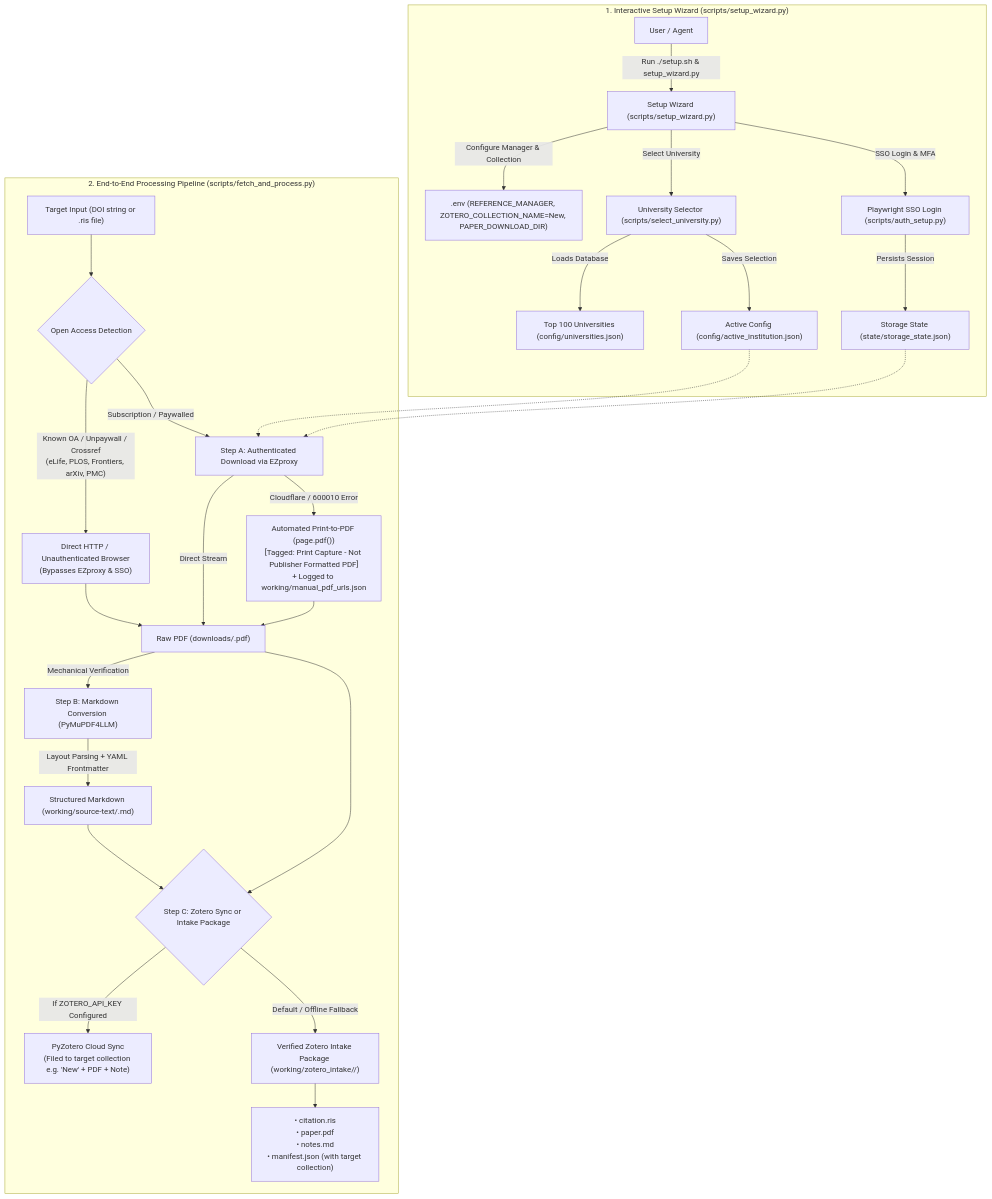
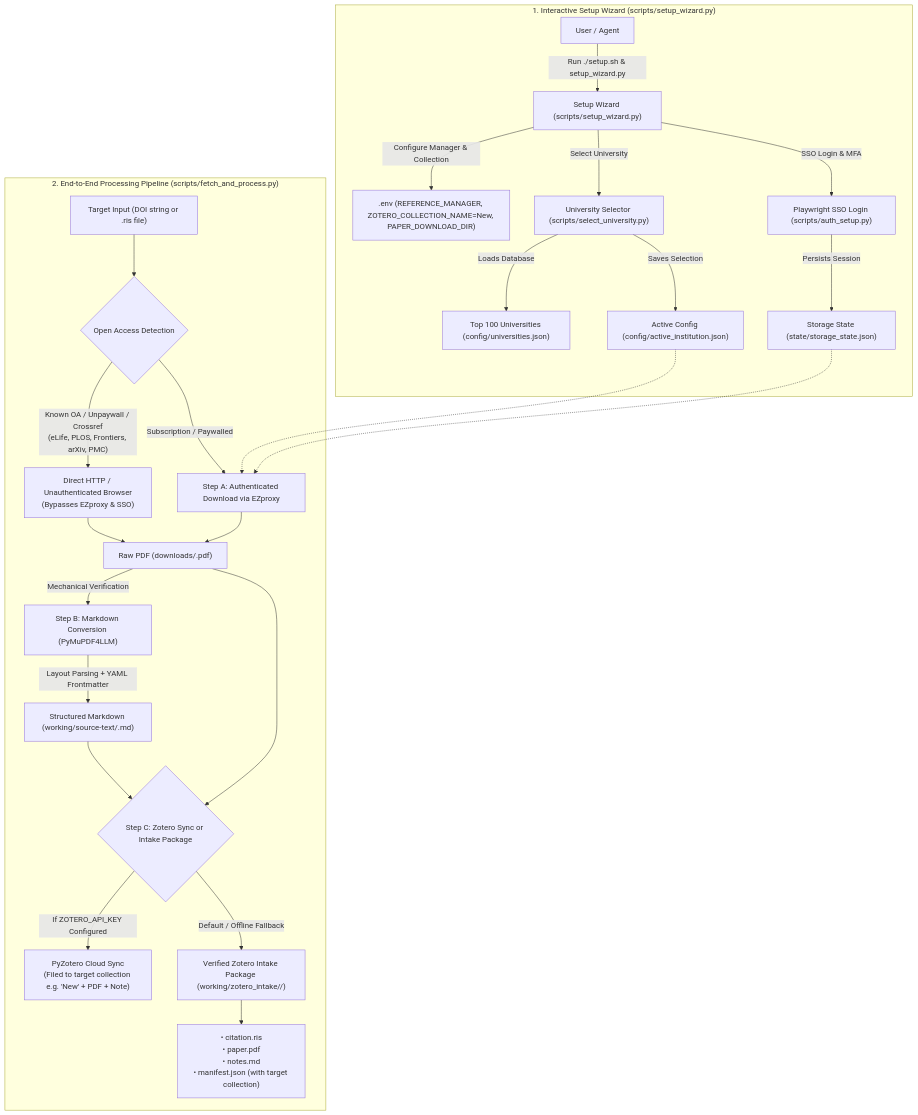
One commit to lgarbar/literature-research-skills changed the diagram in README.md. Above: the diagram before and after it, drawn with Mermaid. The commit also changed other lines of this file and 4 other files, not shown here.

````diff
--- a/README.md
+++ b/README.md
@@ -49,35 +49,33 @@
 ```mermaid
 flowchart TD
     subgraph Onboarding["1. Interactive Setup Wizard (scripts/setup_wizard.py)"]
         User["User / Agent"] -->|"Run ./setup.sh & setup_wizard.py"| Wizard["Setup Wizard (scripts/setup_wizard.py)"]
         Wizard -->|"Configure Manager & Collection"| EnvConfig[".env (REFERENCE_MANAGER, ZOTERO_COLLECTION_NAME=New, PAPER_DOWNLOAD_DIR)"]
         Wizard -->|"Select University"| Selector["University Selector (scripts/select_university.py)"]
         Selector -->|"Loads Database"| UniDB["Top 100 Universities (config/universities.json)"]
         Selector -->|"Saves Selection"| Config["Active Config (config/active_institution.json)"]
         Wizard -->|"SSO Login & MFA"| Auth["Playwright SSO Login (scripts/auth_setup.py)"]
         Auth -->|"Persists Session"| SessionState["Storage State (state/storage_state.json)"]
     end
 
     subgraph Pipeline["2. End-to-End Processing Pipeline (scripts/fetch_and_process.py)"]
         Input["Target Input (DOI string or .ris file)"] --> OADetect{"Open Access Detection"}
         OADetect -->|"Known OA / Unpaywall / Crossref\n(eLife, PLOS, Frontiers, arXiv, PMC)"| DirectHTTP["Direct HTTP / Unauthenticated Browser\n(Bypasses EZproxy & SSO)"]
         OADetect -->|"Subscription / Paywalled"| StepA["Step A: Authenticated Download via EZproxy"]
         Config -.-> StepA
         SessionState -.-> StepA
         
         DirectHTTP --> RawPDF["Raw PDF (downloads/<doi>.pdf)"]
-        StepA -->|"Direct Stream"| RawPDF
-        StepA -->|"Cloudflare / 600010 Error"| PrintPDF["Automated Print-to-PDF (page.pdf())\n[Tagged: Print Capture - Not Publisher Formatted PDF]\n+ Logged to working/manual_pdf_urls.json"]
-        PrintPDF --> RawPDF
+        StepA --> RawPDF
         
         RawPDF -->|"Mechanical Verification"| StepB["Step B: Markdown Conversion (PyMuPDF4LLM)"]
         StepB -->|"Layout Parsing + YAML Frontmatter"| SourceMD["Structured Markdown (working/source-text/<doi>.md)"]
         
         SourceMD --> StepC{"Step C: Zotero Sync or Intake Package"}
         RawPDF --> StepC
         
         StepC -->|"If ZOTERO_API_KEY Configured"| ZoteroCloud["PyZotero Cloud Sync\n(Filed to target collection e.g. 'New' + PDF + Note)"]
         StepC -->|"Default / Offline Fallback"| IntakePkg["Verified Zotero Intake Package (working/zotero_intake/<doi>/)"]
         IntakePkg --> IntakeFiles["• citation.ris\n• paper.pdf\n• notes.md\n• manifest.json (with target collection)"]
     end
 ```
````
